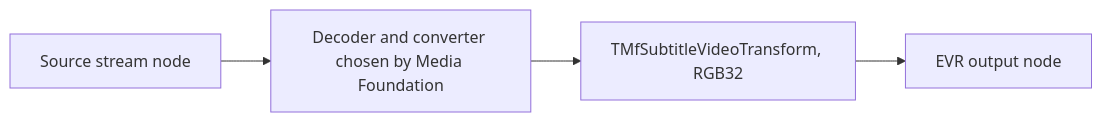
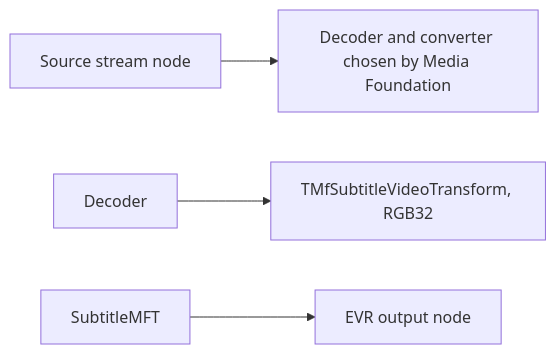
The third of 10 diagrams in MfPack/Samples/MfPlayer X2/Docs/MfPlayer_X2_Architecture_and_Chromecast.md (FactoryXCode/MfPack), drawn with Mermaid before and after one commit. The commit also changed other lines of this file and 10 other files, not shown here.

````diff
--- a/MfPack/Samples/MfPlayer X2/Docs/MfPlayer_X2_Architecture_and_Chromecast.md
+++ b/MfPack/Samples/MfPlayer X2/Docs/MfPlayer_X2_Architecture_and_Chromecast.md
@@ -298,6 +293,6 @@
 ```mermaid
 flowchart LR
-    Source[Source stream node] --> Decoder[Decoder and converter chosen by Media Foundation]
-    Decoder --> SubtitleMFT[TMfSubtitleVideoTransform, RGB32]
-    SubtitleMFT --> EVR[EVR output node]
+    Source\[Source stream node] --> Decoder\[Decoder and converter chosen by Media Foundation]
+    Decoder --> SubtitleMFT\[TMfSubtitleVideoTransform, RGB32]
+    SubtitleMFT --> EVR\[EVR output node]
 ```
````
